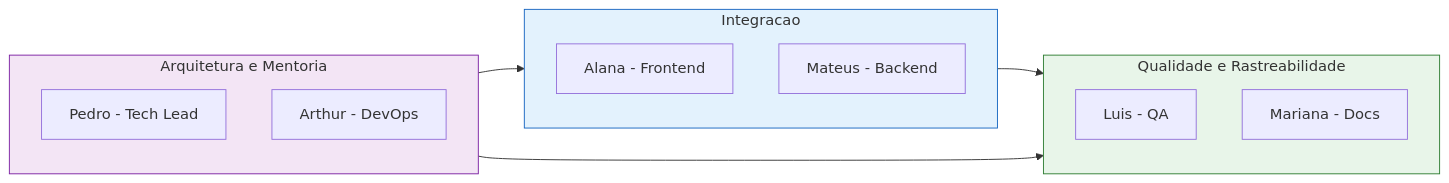
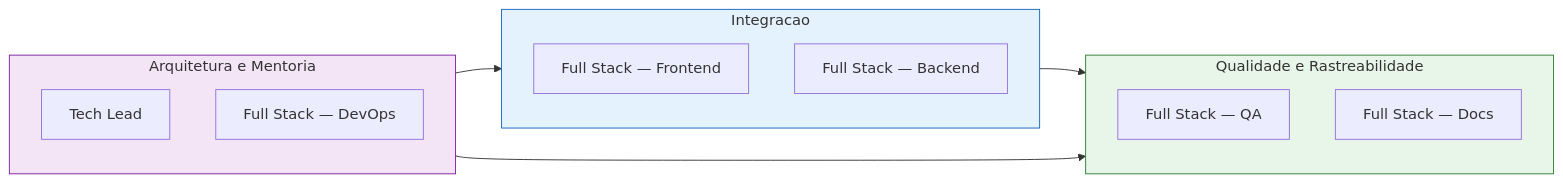
One commit to pedrohpsantos/EdTech changed the first of 3 diagrams in docs/planejamento/rotacoes.md. Above: the diagram before and after it, drawn with Mermaid. The commit also changed other lines of this file and 21 other files, not shown here.

````diff
--- a/docs/planejamento/rotacoes.md
+++ b/docs/planejamento/rotacoes.md
@@ -61,25 +66,25 @@
 ```mermaid
 flowchart LR
     subgraph SQ1["Qualidade e Rastreabilidade"]
-        L["Luis - QA"]
-        M["Mariana - Docs"]
+        FS1["Full Stack — QA"]
+        FS2["Full Stack — Docs"]
     end
 
     subgraph SQ2["Integracao"]
-        AL["Alana - Frontend"]
-        MT["Mateus - Backend"]
+        FS3["Full Stack — Frontend"]
+        FS4["Full Stack — Backend"]
     end
 
     subgraph SQ3["Arquitetura e Mentoria"]
-        P["Pedro - Tech Lead"]
-        AR["Arthur - DevOps"]
+        TL["Tech Lead"]
+        FS5["Full Stack — DevOps"]
     end
 
     SQ2 --> SQ1
     SQ3 --> SQ2
     SQ3 --> SQ1
 
     style SQ1 fill:#e8f5e9,stroke:#2e7d32
     style SQ2 fill:#e3f2fd,stroke:#1565c0
     style SQ3 fill:#f3e5f5,stroke:#7b1fa2
 ```
````
